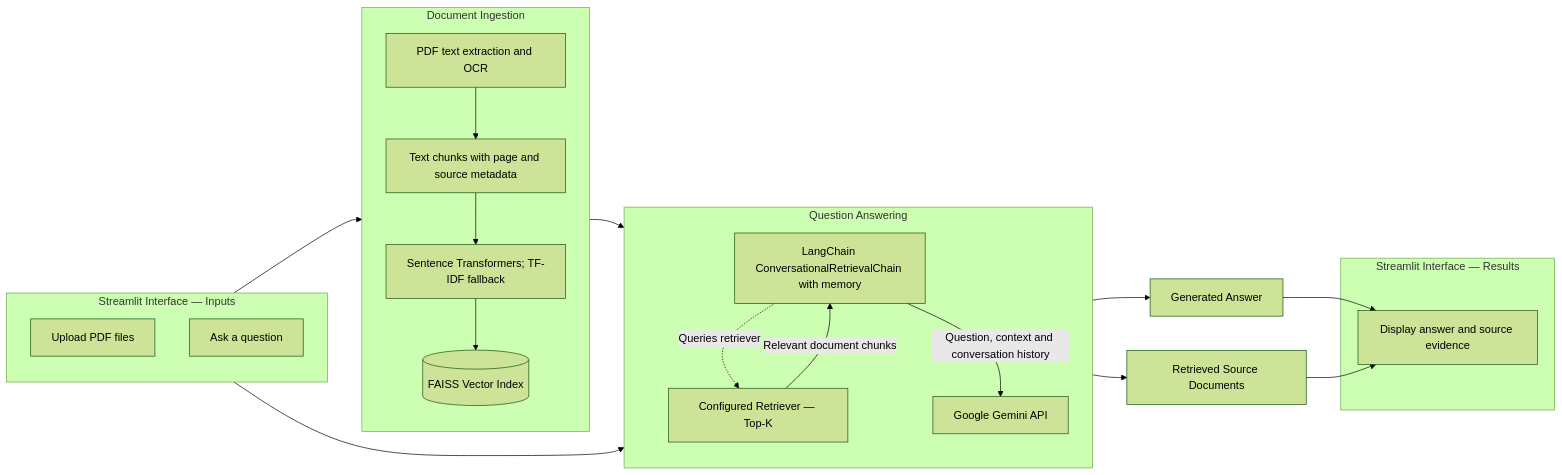
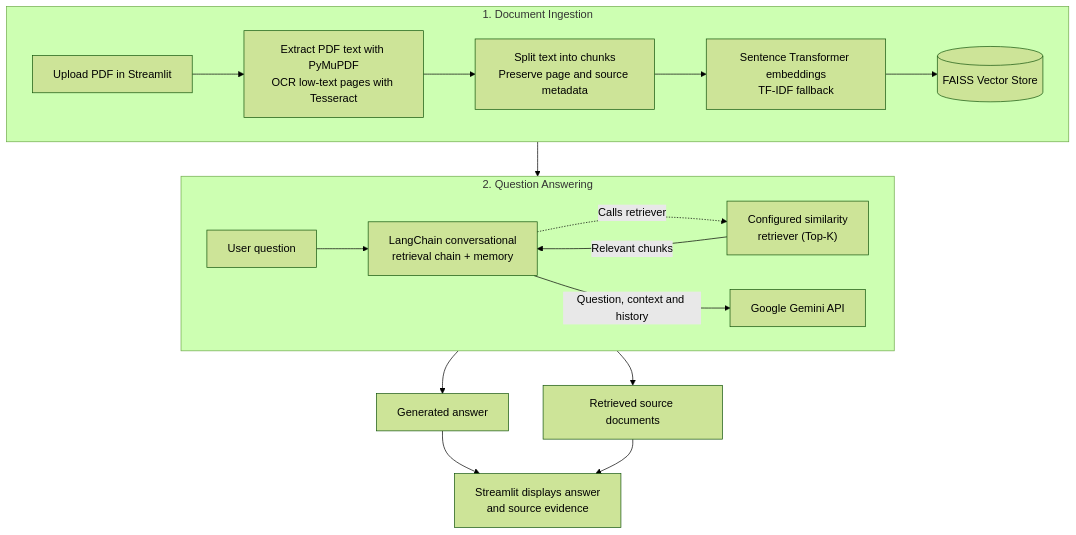
One commit to GovindTelang/CiteLens-assistant changed the diagram in README.md. Above: the diagram before and after it, drawn with Mermaid (forest theme). The commit also changed other lines of this file, not shown here.

Commit message:
Improve README architecture diagram

````diff
--- a/README.md
+++ b/README.md
@@ -30,43 +29,34 @@
 ```mermaid
-flowchart LR
-    subgraph INPUT["Streamlit Interface — Inputs"]
-        direction TB
-        UP["Upload PDF files"]
-        Q["Ask a question"]
+flowchart TB
+    subgraph ING["1. Document Ingestion"]
+        direction LR
+        UP["Upload PDF in Streamlit"]
+        EXT["Extract PDF text with PyMuPDF<br/>OCR low-text pages with Tesseract"]
+        CHUNK["Split text into chunks<br/>Preserve page and source metadata"]
+        EMB["Sentence Transformer embeddings<br/>TF-IDF fallback"]
+        FS[("FAISS Vector Store")]
+
+        UP --> EXT --> CHUNK --> EMB --> FS
     end
 
-    subgraph ING["Document Ingestion"]
-        direction TB
-        EXT["PDF text extraction and OCR"]
-        CHUNK["Text chunks with page and source metadata"]
-        EMB["Sentence Transformers; TF-IDF fallback"]
-        FS[("FAISS Vector Index")]
+    subgraph QA["2. Question Answering"]
+        direction LR
+        Q["User question"]
+        RAG["LangChain conversational<br/>retrieval chain + memory"]
+        RET["Configured similarity<br/>retriever (Top-K)"]
+        GEM["Google Gemini API"]
 
-        EXT --> CHUNK --> EMB --> FS
+        Q --> RAG
+        RAG -. "Calls retriever" .-> RET
+        RET -->|"Relevant chunks"| RAG
+        RAG -->|"Question, context and history"| GEM
     end
 
-    subgraph QA["Question Answering"]
-        direction TB
-        RAG["LangChain ConversationalRetrievalChain with memory"]
-        RET["Configured Retriever — Top-K"]
-        GEM["Google Gemini API"]
-
-        RAG -. "Queries retriever" .-> RET
-        RET -->|"Relevant document chunks"| RAG
-        RAG -->|"Question, context and conversation history"| GEM
-    end
-
-    UP --> EXT
-    Q --> RAG
     FS --> RET
 
-    GEM --> ANS["Generated Answer"]
-    RAG --> SRC["Retrieved Source Documents"]
+    GEM --> ANS["Generated answer"]
+    RAG --> SRC["Retrieved source documents"]
 
-    subgraph OUTPUT["Streamlit Interface — Results"]
-        OUT["Display answer and source evidence"]
-    end
-
-    ANS --> OUT
+    ANS --> OUT["Streamlit displays answer<br/>and source evidence"]
     SRC --> OUT
 ```
````
